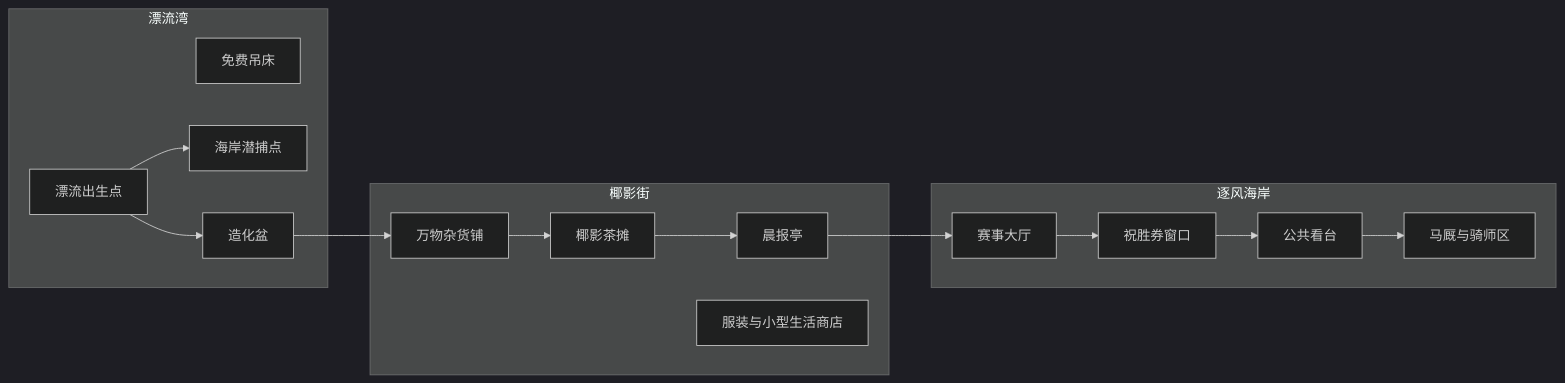
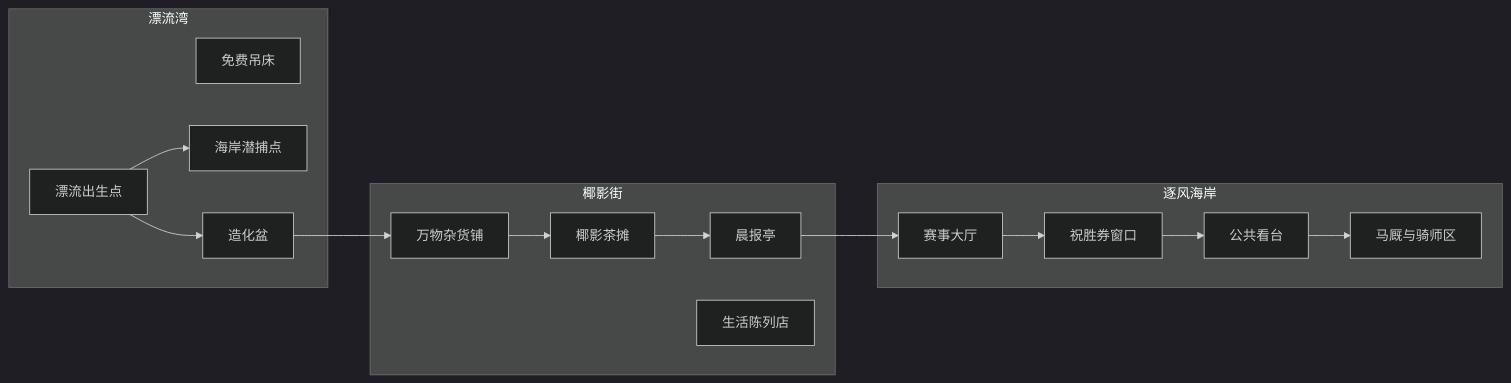
The diagram in doc/07_地图与移动系统设计_v0.1.md (Andrew82106/TreasureLand), drawn with Mermaid (dark theme) before and after one commit. The commit also changed other lines of this file and 14 other files, not shown here.

````diff
--- a/doc/07_地图与移动系统设计_v0.1.md
+++ b/doc/07_地图与移动系统设计_v0.1.md
@@ -33,33 +33,33 @@
 ```mermaid
 flowchart LR
     subgraph bay[漂流湾]
         spawn[漂流出生点]
         hammock[免费吊床]
         fishing[海岸潜捕点]
         basin[造化盆]
     end
 
     subgraph street[椰影街]
         shop[万物杂货铺]
         stall[椰影茶摊]
         news[晨报亭]
-        wardrobe[服装与小型生活商店]
+        wardrobe[生活陈列店]
     end
 
     subgraph coast[逐风海岸]
         racehall[赛事大厅]
         ticket[祝胜券窗口]
         stand[公共看台]
         stable[马厩与骑师区]
     end
 
     spawn --> basin
     spawn --> fishing
     basin --> shop
     shop --> stall
     stall --> news
     news --> racehall
     racehall --> ticket
     ticket --> stand
     stand --> stable
 ```
````
